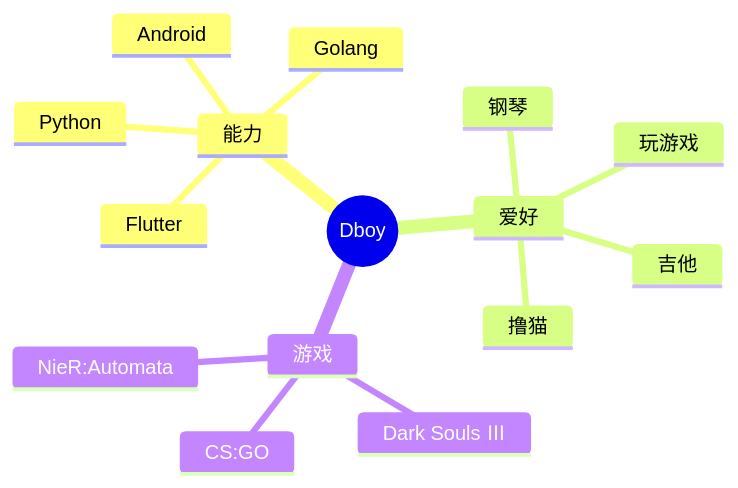
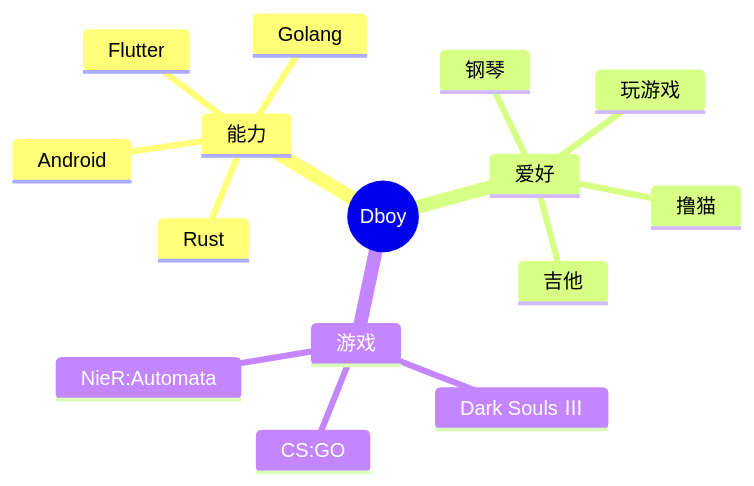
The diagram in README.md (Dboy233/Dboy233), drawn with Mermaid before and after one commit.

````diff
--- a/README.md
+++ b/README.md
@@ -32,18 +32,18 @@
 ```mermaid
 mindmap
   root((Dboy))
     能力
       Android
       Flutter
       Golang
-      Python
+      Rust
     爱好
       钢琴
       吉他
       撸猫
       玩游戏
     游戏
       Dark Souls Ⅲ
       NieR:Automata
       CS:GO
 ```
````
